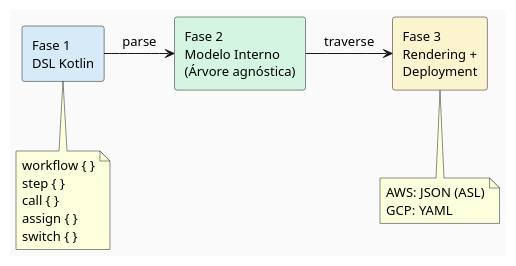
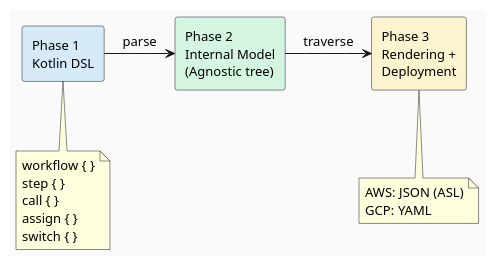
Before and after one commit to EngenheiroPedroCarvalho/ISEL-Thesis-2526: the third of 8 diagrams in omni-flow-main/Apresentacao-Orientador.md, drawn with PlantUML. The commit also changed other lines of this file, not shown here.

````diff
--- a/omni-flow-main/Apresentacao-Orientador.md
+++ b/omni-flow-main/Apresentacao-Orientador.md
@@ -100,26 +102,26 @@
 ```plantuml
 @startuml
 skinparam backgroundColor #FAFAFA
 skinparam defaultFontSize 13
 
-rectangle "Fase 1\nDSL Kotlin" as F1 #D6EAF8
-rectangle "Fase 2\nModelo Interno\n(Árvore agnóstica)" as F2 #D5F5E3
-rectangle "Fase 3\nRendering +\nDeployment" as F3 #FCF3CF
+rectangle "Phase 1\nKotlin DSL" as F1 #D6EAF8
+rectangle "Phase 2\nInternal Model\n(Agnostic tree)" as F2 #D5F5E3
+rectangle "Phase 3\nRendering +\nDeployment" as F3 #FCF3CF
 
 F1 -right-> F2 : parse
 F2 -right-> F3 : traverse
 
 note bottom of F1
   workflow { }
   step { }
   call { }
   assign { }
   switch { }
 end note
 
 note bottom of F3
   AWS: JSON (ASL)
   GCP: YAML
 end note
 @enduml
 ```
````
